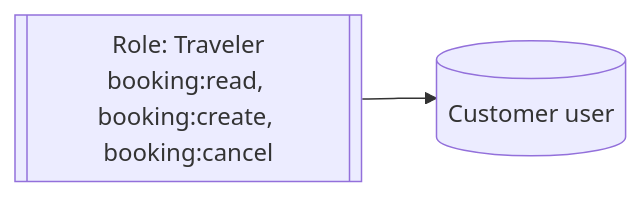
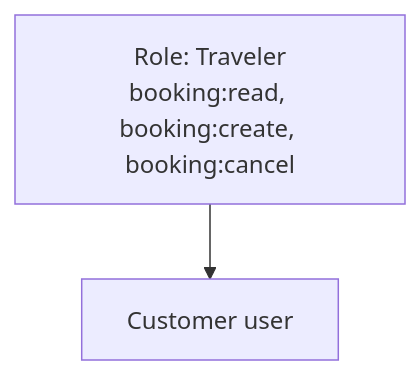
One commit to thiva-k/thunder changed the second of 3 diagrams in docs/versioned_docs/version-v1.0.x/use-cases/b2c/build-access.mdx. Above: the diagram before and after it, drawn with Mermaid. The commit also changed other lines of this file and 17 other files, not shown here.

````diff
--- a/docs/versioned_docs/version-v1.0.x/use-cases/b2c/build-access.mdx
+++ b/docs/versioned_docs/version-v1.0.x/use-cases/b2c/build-access.mdx
@@ -112,4 +112,4 @@
 ```mermaid
-flowchart LR
-  role[["Role: Traveler<br/>booking:read, booking:create, booking:cancel"]] --> user[("Customer user")]
+flowchart TD
+  role["Role: Traveler<br/>booking:read, booking:create, booking:cancel"] --> user["Customer user"]
 ```
````
